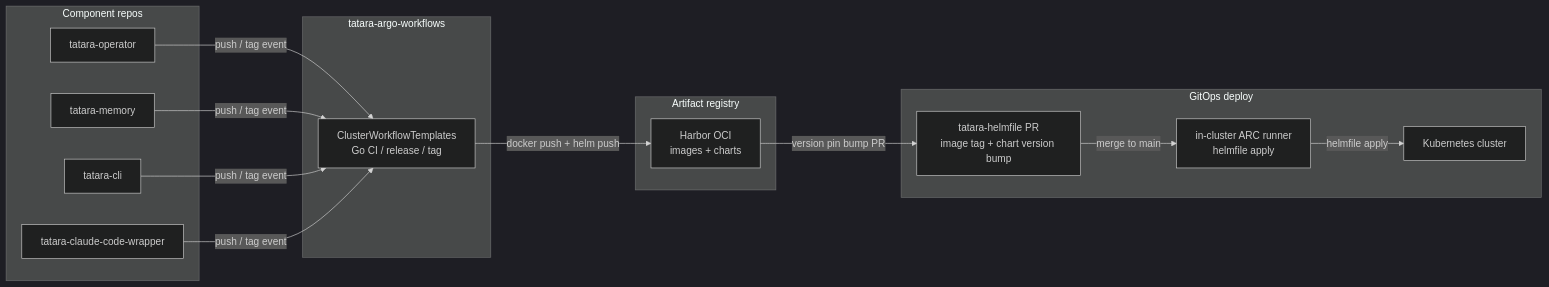
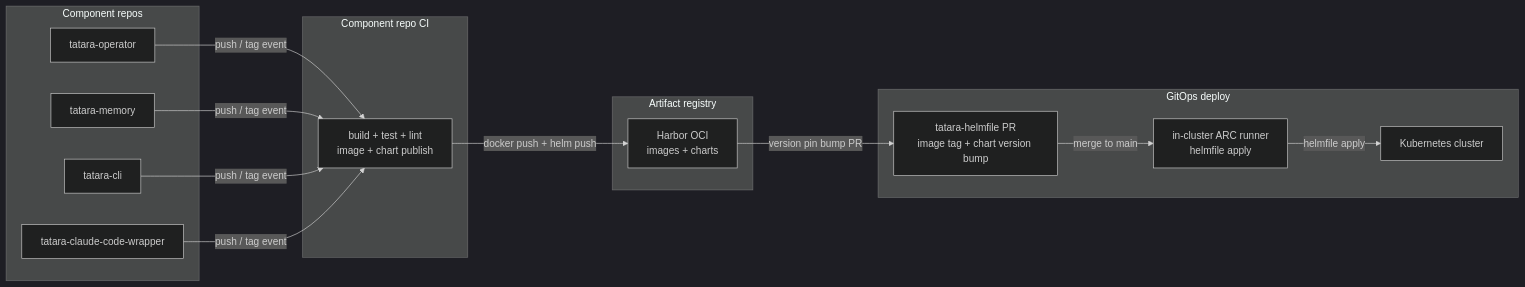
Before and after one commit to szymonrychu/tatara-documentation: the second of 3 diagrams in docs/components/index.md, drawn with Mermaid (dark theme). The commit also changed other lines of this file and 6 other files, not shown here.

Commit message:
docs: remove tatara-argo-workflows (decommissioned; in-cluster argo is unrelated infra)

````diff
--- a/docs/components/index.md
+++ b/docs/components/index.md
@@ -240,29 +228,29 @@
 ```mermaid
 graph LR
     subgraph "Component repos"
         R1[tatara-operator]
         R2[tatara-memory]
         R3[tatara-cli]
         R4[tatara-claude-code-wrapper]
     end
 
-    subgraph "tatara-argo-workflows"
-        AW[ClusterWorkflowTemplates\nGo CI / release / tag]
+    subgraph "Component repo CI"
+        CI[build + test + lint\nimage + chart publish]
     end
 
     subgraph "Artifact registry"
         H[Harbor OCI\nimages + charts]
     end
 
     subgraph "GitOps deploy"
         HF[tatara-helmfile PR\nimage tag + chart version bump]
         ARC[in-cluster ARC runner\nhelmfile apply]
         K8s[Kubernetes cluster]
     end
 
-    R1 & R2 & R3 & R4 -->|push / tag event| AW
-    AW -->|docker push + helm push| H
+    R1 & R2 & R3 & R4 -->|push / tag event| CI
+    CI -->|docker push + helm push| H
     H -->|version pin bump PR| HF
     HF -->|merge to main| ARC
     ARC -->|helmfile apply| K8s
 ```
````
